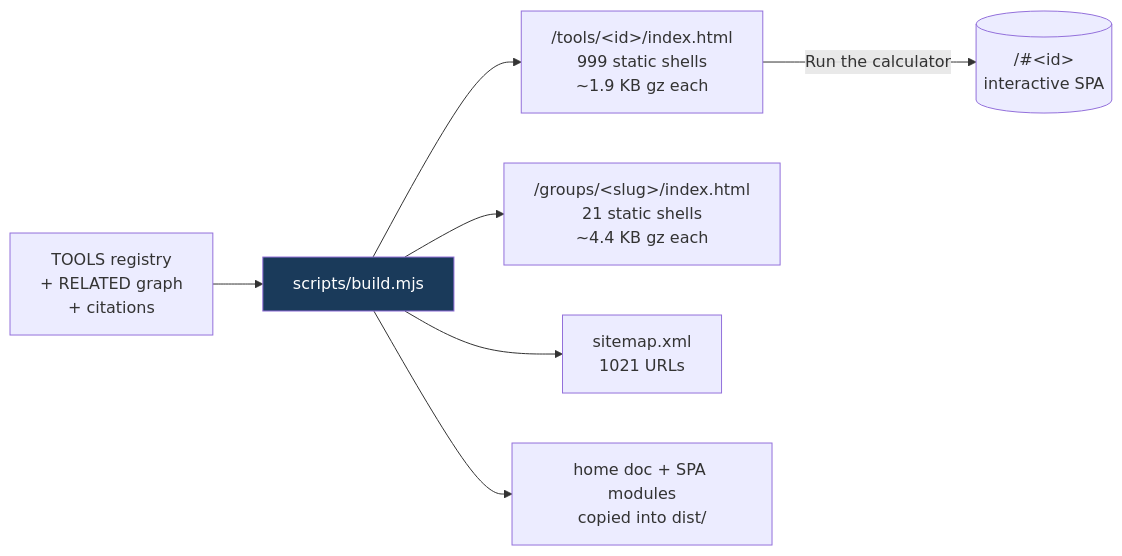
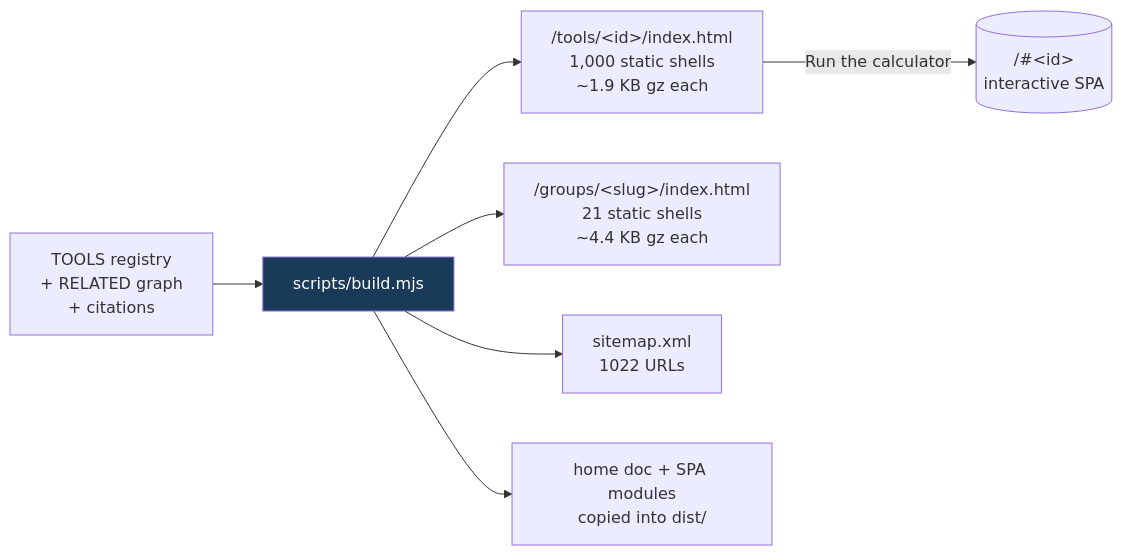
The fifth of 8 diagrams in README.md (clay-good/roughlogic.com), drawn with Mermaid before and after one commit. The commit also changed other lines of this file and 12 other files, not shown here.

````diff
--- a/README.md
+++ b/README.md
@@ -495,10 +495,10 @@
 ```mermaid
 flowchart LR
     SRC[TOOLS registry\n+ RELATED graph\n+ citations] --> BUILD[scripts/build.mjs]
-    BUILD --> TILE["/tools/&lt;id&gt;/index.html\n999 static shells\n~1.9 KB gz each"]
+    BUILD --> TILE["/tools/&lt;id&gt;/index.html\n1,000 static shells\n~1.9 KB gz each"]
     BUILD --> GROUP["/groups/&lt;slug&gt;/index.html\n21 static shells\n~4.4 KB gz each"]
-    BUILD --> MAP["sitemap.xml\n1021 URLs"]
+    BUILD --> MAP["sitemap.xml\n1022 URLs"]
     BUILD --> COPY[home doc + SPA modules\ncopied into dist/]
     TILE -->|Run the calculator| SPA[("/#&lt;id&gt;\ninteractive SPA")]
     style BUILD fill:#1a3a5a,color:#fff
 ```
````
